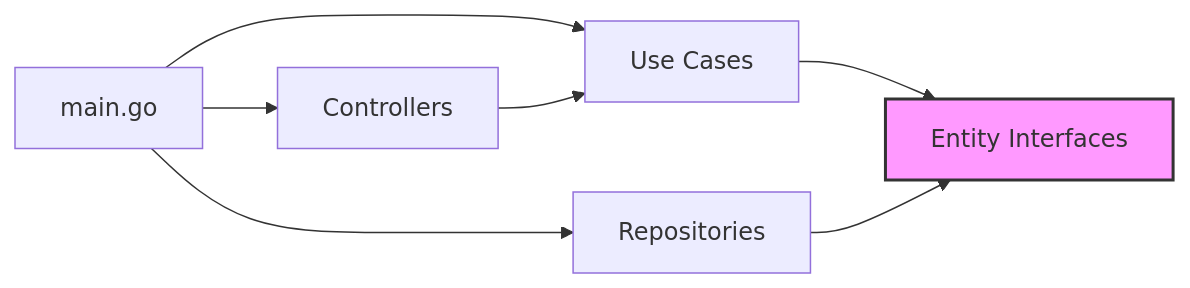
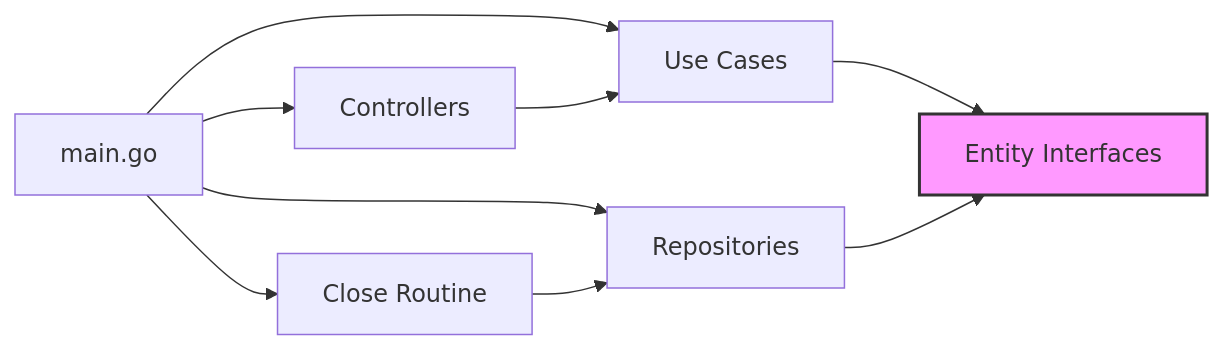
One commit to markuscandido/go-expert-desafio-concorrencia-com-golang-leilao changed the second of 2 diagrams in doc/ARCHITECTURE.md. Above: the diagram before and after it, drawn with Mermaid. The commit also changed other lines of this file and 7 other files, not shown here.

````diff
--- a/doc/ARCHITECTURE.md
+++ b/doc/ARCHITECTURE.md
@@ -131,12 +138,14 @@
 ```mermaid
 graph LR
     A[main.go] --> B[Controllers]
     A --> C[Use Cases]
     A --> D[Repositories]
+    A --> E[Close Routine]
     
     B --> C
-    C --> E[Entity Interfaces]
-    D --> E
+    C --> F[Entity Interfaces]
+    D --> F
+    E --> D
     
-    style E fill:#f9f,stroke:#333,stroke-width:2px
+    style F fill:#f9f,stroke:#333,stroke-width:2px
 ```
````
